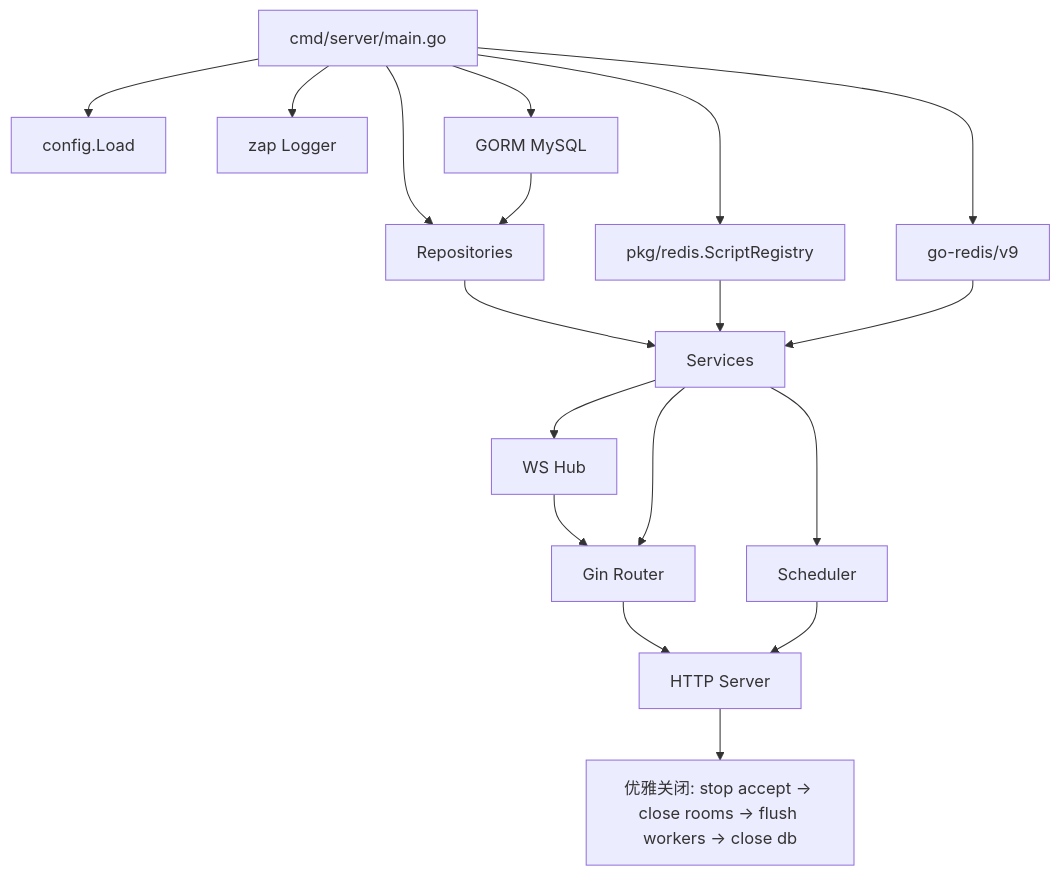
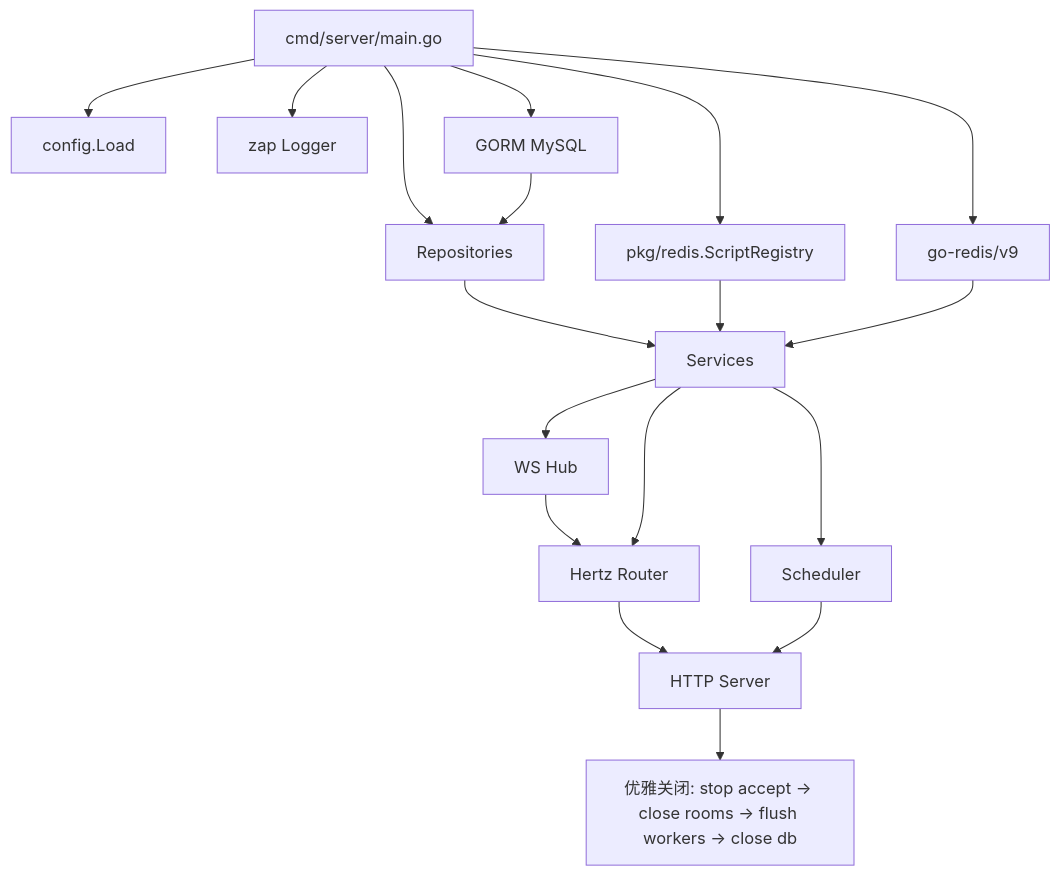
One commit to Baskai959/AIeas-backend changed the second of 8 diagrams in docs/后端详细技术设计.md. Above: the diagram before and after it, drawn with Mermaid. The commit also changed other lines of this file and 122 other files, not shown here.

````diff
--- a/docs/后端详细技术设计.md
+++ b/docs/后端详细技术设计.md
@@ -183,20 +183,20 @@
 ```mermaid
 flowchart TB
     Main[cmd/server/main.go] --> Cfg[config.Load]
     Main --> Logger[zap Logger]
     Main --> DB[GORM MySQL]
     Main --> Redis[go-redis/v9]
     Main --> Script[pkg/redis.ScriptRegistry]
     Main --> Repo[Repositories]
     Repo --> Service[Services]
     Script --> Service
     Redis --> Service
     DB --> Repo
     Service --> Hub[WS Hub]
     Service --> Cron[Scheduler]
-    Hub --> Router[Gin Router]
+    Hub --> Router[Hertz Router]
     Service --> Router
     Router --> Server[HTTP Server]
     Cron --> Server
     Server --> Shutdown[优雅关闭: stop accept -> close rooms -> flush workers -> close db]
 ```
````
